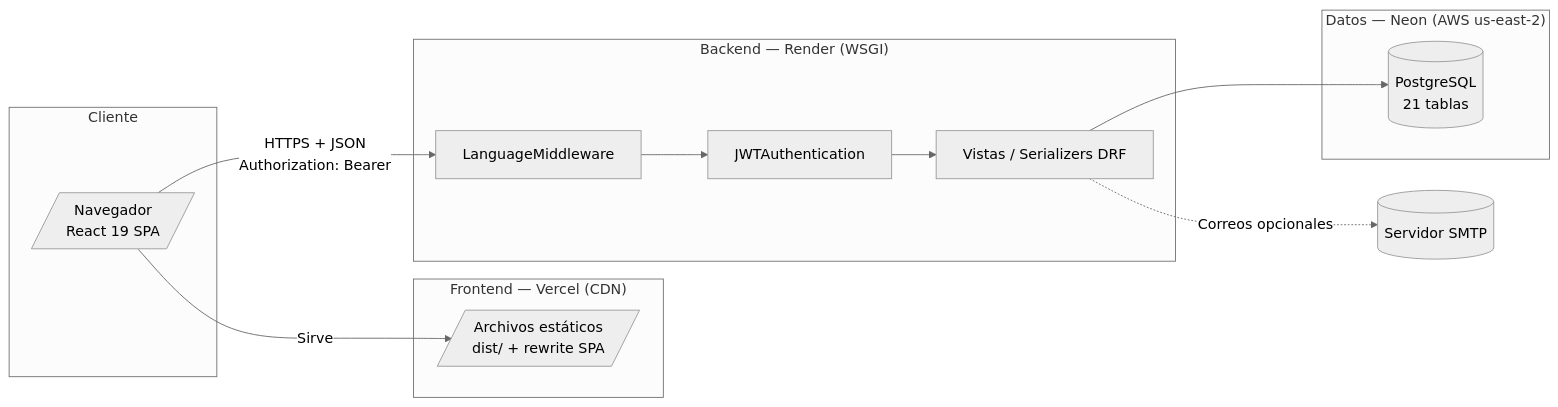
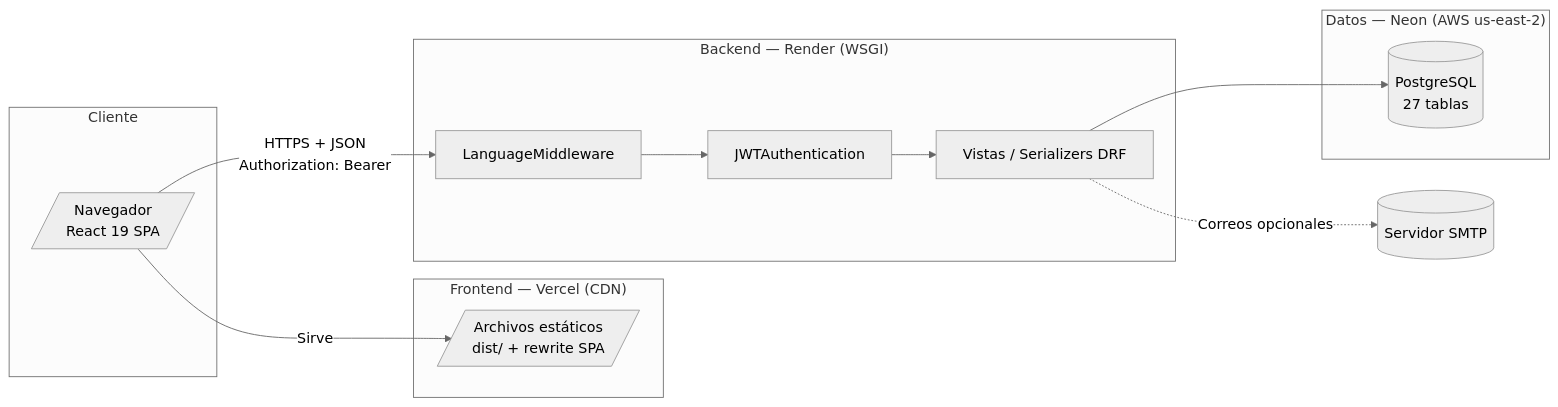
Before and after one commit to Alexhumme/motoPreview: the first of 3 diagrams in documentacion/02-arquitectura.md, drawn with Mermaid (neutral theme). The commit also changed other lines of this file and 27 other files, not shown here.

````diff
--- a/documentacion/02-arquitectura.md
+++ b/documentacion/02-arquitectura.md
@@ -14,28 +14,28 @@
 ```mermaid
 flowchart LR
     subgraph Cliente
         B[/"Navegador<br/>React 19 SPA"/]
     end
 
     subgraph Frontend["Frontend — Vercel (CDN)"]
         F[/"Archivos estáticos<br/>dist/ + rewrite SPA"/]
     end
 
     subgraph Backend["Backend — Render (WSGI)"]
         M[LanguageMiddleware]
         A[JWTAuthentication]
         V[Vistas / Serializers DRF]
     end
 
     subgraph Datos["Datos — Neon (AWS us-east-2)"]
-        P[("PostgreSQL<br/>21 tablas")]
+        P[("PostgreSQL<br/>27 tablas")]
     end
 
     SMTP[(Servidor SMTP)]
 
     B -->|Sirve| F
     B -->|"HTTPS + JSON<br/>Authorization: Bearer"| M
     M --> A --> V
     V --> P
     V -.->|Correos opcionales| SMTP
 ```
````
